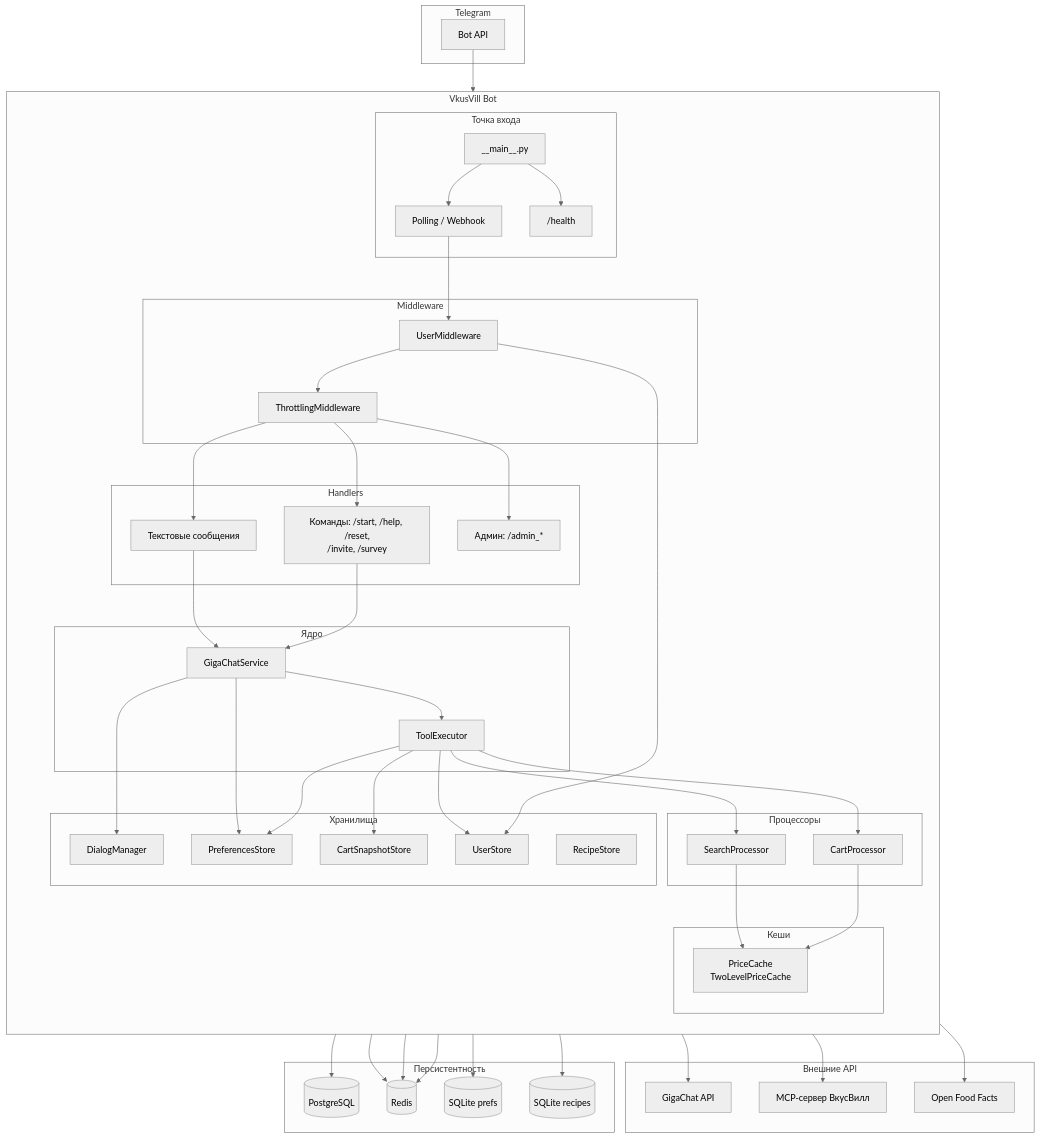
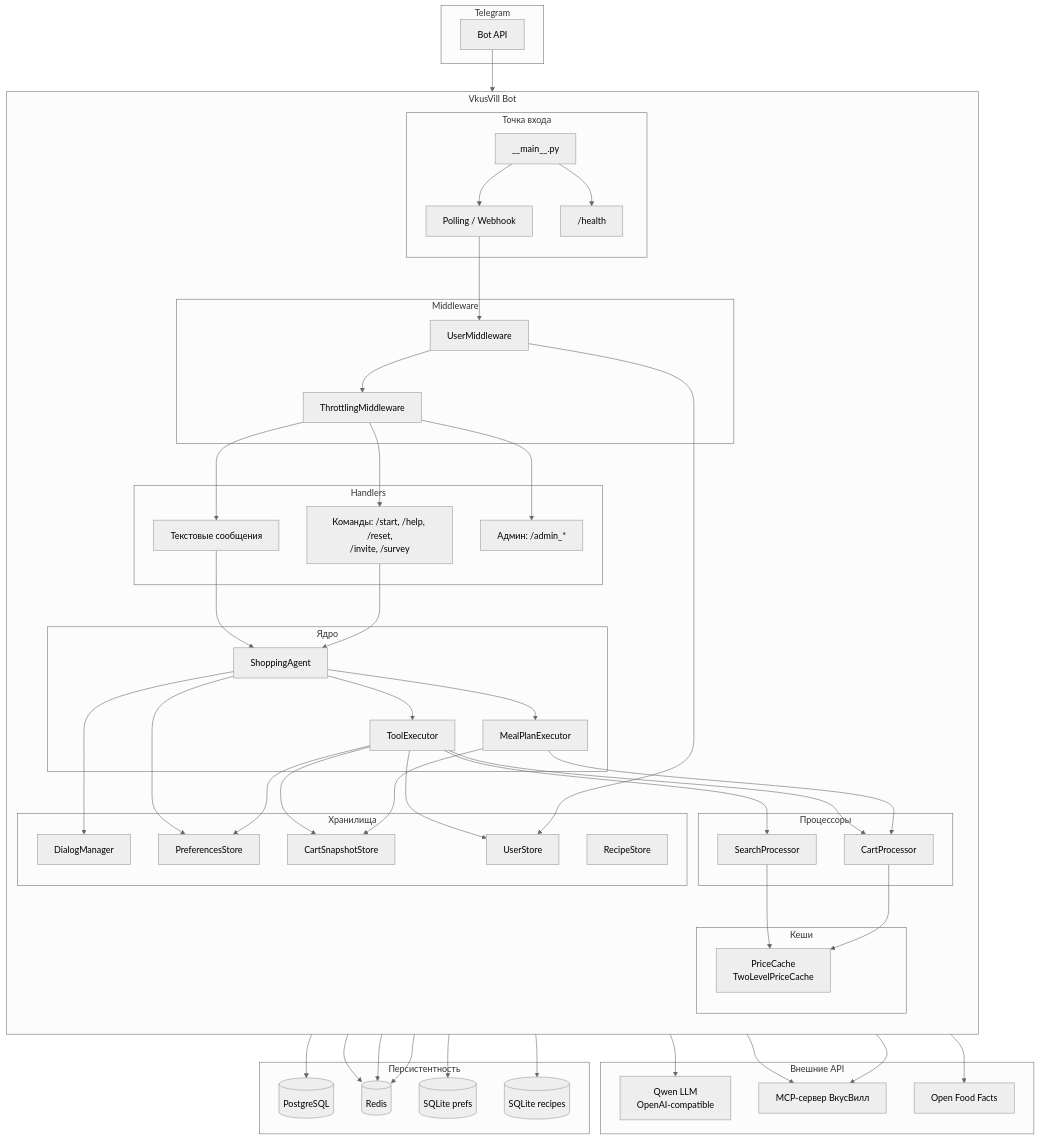
Before and after one commit to mrPDA/vkuswill_bot: the second of 8 diagrams in docs/ARCHITECTURE.md, drawn with Mermaid (neutral theme). The commit also changed other lines of this file and 6 other files, not shown here.

```diff
--- a/docs/ARCHITECTURE.md
+++ b/docs/ARCHITECTURE.md
@@ -64,8 +64,9 @@
         end
 
         subgraph Core["Ядро"]
-            GCS[GigaChatService]
+            Agent[ShoppingAgent]
             TE[ToolExecutor]
+            MPE[MealPlanExecutor]
         end
 
         subgraph Processors["Процессоры"]
@@ -87,7 +88,7 @@
     end
 
     subgraph External["Внешние API"]
-        GigaChat[GigaChat API]
+        Qwen[Qwen LLM\nOpenAI-compatible]
         MCP[MCP-сервер ВкусВилл]
         OpenFF[Open Food Facts]
     end
@@ -106,13 +107,14 @@
     TM --> Text
     TM --> Admin
     
-    Text --> GCS
-    Cmd --> GCS
+    Text --> Agent
+    Cmd --> Agent
     
-    GCS --> GigaChat
-    GCS --> TE
-    GCS --> DialogMgr
-    GCS --> Prefs
+    Agent --> Qwen
+    Agent --> TE
+    Agent --> MPE
+    Agent --> DialogMgr
+    Agent --> Prefs
     
     TE --> MCP
     TE --> SP
@@ -121,6 +123,9 @@
     TE --> CartSnap
     TE --> OpenFF
     TE --> UserStore
+    MPE --> MCP
+    MPE --> CP
+    MPE --> CartSnap
     
     SP --> PriceCache
     CP --> PriceCache
```
